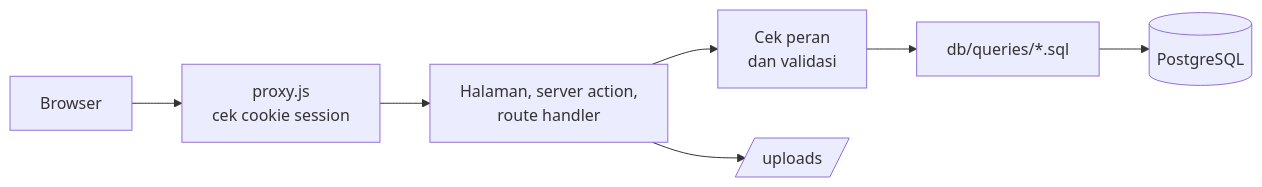
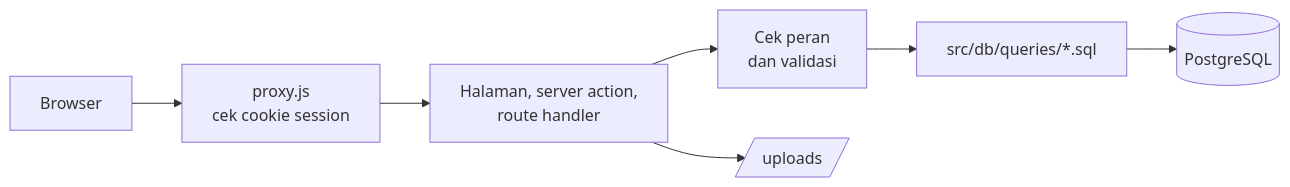
The first of 4 diagrams in README.md (adefahreza/ModifKan), drawn with Mermaid before and after one commit. The commit also changed other lines of this file and 89 other files, not shown here.

````diff
--- a/README.md
+++ b/README.md
@@ -69,9 +69,9 @@
 ```mermaid
 flowchart LR
   B[Browser] --> P["proxy.js<br/>cek cookie session"]
   P --> N["Halaman, server action,<br/>route handler"]
   N --> A["Cek peran<br/>dan validasi"]
-  A --> Q["db/queries/*.sql"]
+  A --> Q["src/db/queries/*.sql"]
   Q --> D[(PostgreSQL)]
   N --> U[/uploads/]
 ```
````
